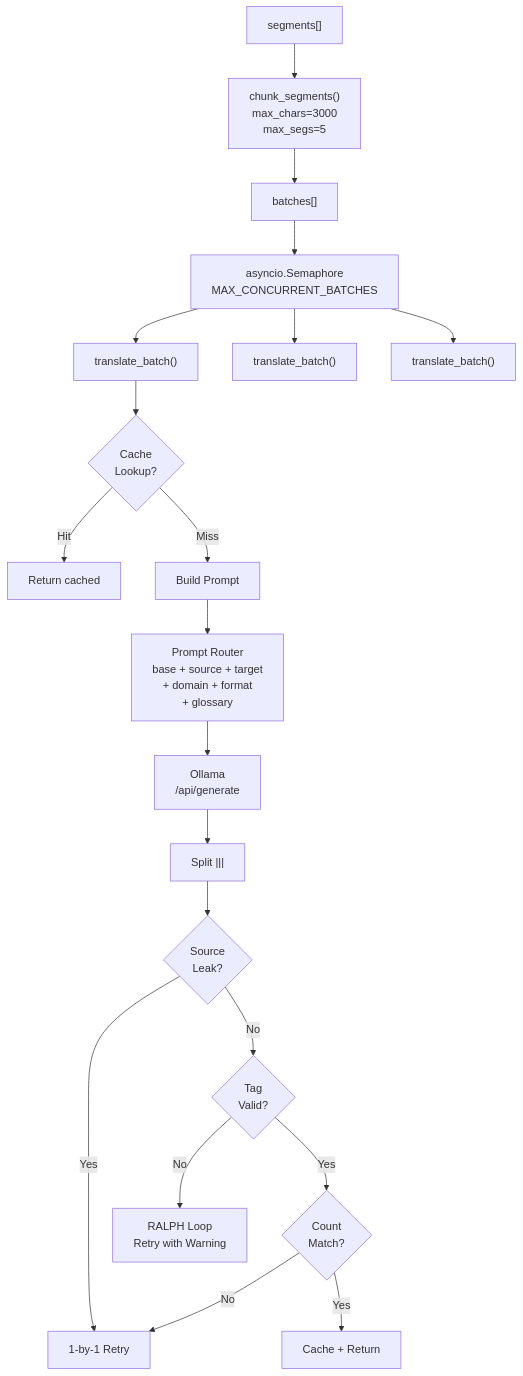
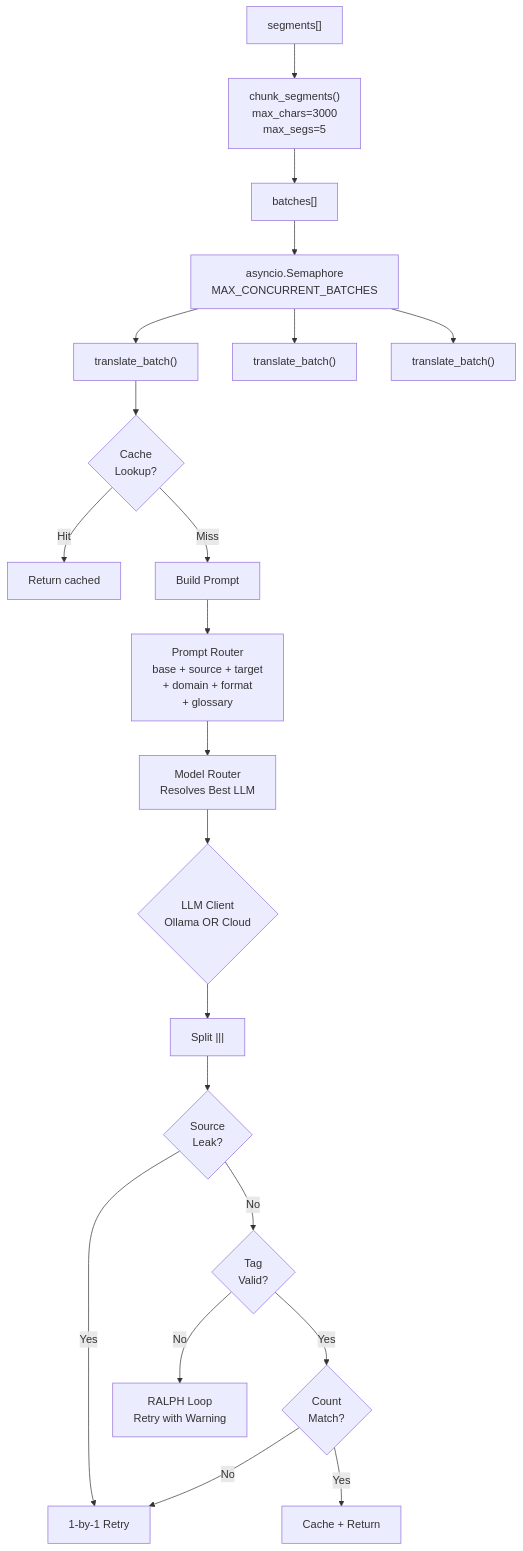
Before and after one commit to vnknowledge2014/file_translated_app: the sixth of 10 diagrams in docs/architecture.md, drawn with Mermaid. The commit also changed other lines of this file and 3 other files, not shown here.

````diff
--- a/docs/architecture.md
+++ b/docs/architecture.md
@@ -178,26 +182,27 @@
 ```mermaid
 flowchart TB
     SEGS["segments[]"] --> CHUNK["chunk_segments()<br/>max_chars=3000<br/>max_segs=5"]
     CHUNK --> BATCHES["batches[]"]
     BATCHES --> SEM["asyncio.Semaphore<br/>MAX_CONCURRENT_BATCHES"]
     
     SEM --> B1["translate_batch()"]
     SEM --> B2["translate_batch()"]
     SEM --> BN["translate_batch()"]
     
     B1 --> CACHE{"Cache<br/>Lookup?"}
     CACHE -->|Hit| RET["Return cached"]
     CACHE -->|Miss| PROMPT["Build Prompt"]
     
-    PROMPT --> ROUTER["Prompt Router<br/>base + source + target<br/>+ domain + format<br/>+ glossary"]
-    ROUTER --> OLLAMA["Ollama<br/>/api/generate"]
-    OLLAMA --> SPLIT["Split |||"]
+    PROMPT --> PR["Prompt Router<br/>base + source + target<br/>+ domain + format<br/>+ glossary"]
+    PR --> ROUTER["Model Router<br/>Resolves Best LLM"]
+    ROUTER --> LLM_CLIENT{"LLM Client<br/>Ollama OR Cloud"}
+    LLM_CLIENT --> SPLIT["Split |||"]
     
     SPLIT --> V1{"Source<br/>Leak?"}
     V1 -->|Yes| RETRY1["1-by-1 Retry"]
     V1 -->|No| V2{"Tag<br/>Valid?"}
     V2 -->|No| RALPH["RALPH Loop<br/>Retry with Warning"]
     V2 -->|Yes| V3{"Count<br/>Match?"}
     V3 -->|No| RETRY1
     V3 -->|Yes| SAVE["Cache + Return"]
 ```
````
